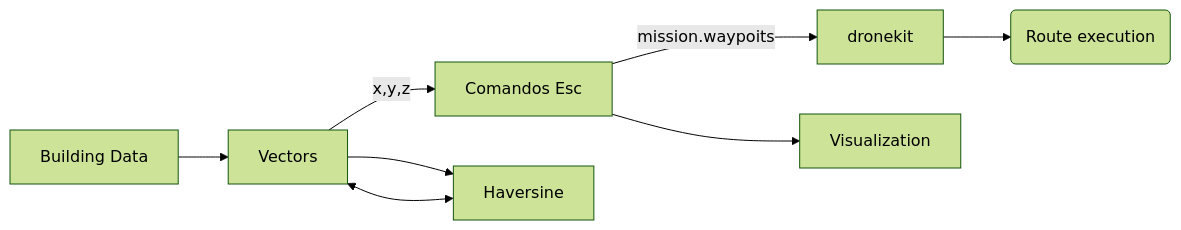
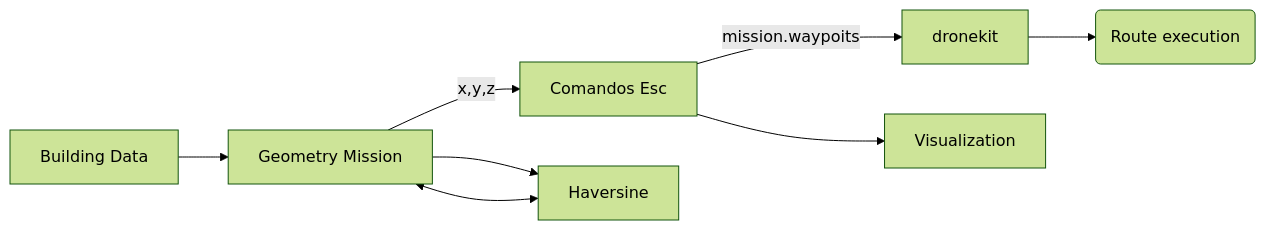
The diagram in README.md (vilamarcc/BEMSDroneKit), drawn with Mermaid (forest theme) before and after one commit. The commit also changed other lines of this file, not shown here.

````diff
--- a/README.md
+++ b/README.md
@@ -25,9 +25,9 @@
 ```mermaid
 graph LR
-E[Vectors] -- x,y,z --> F[Comandos Esc]-- mission.waypoits --> G[dronekit] --> H(Route execution)
+E[Geometry Mission] -- x,y,z --> F[Comandos Esc]-- mission.waypoits --> G[dronekit] --> H(Route execution)
 
 E -->I[Haversine] <--> E
 F--> A[Visualization]
 B[Building Data] --> E
 
 ```
````
